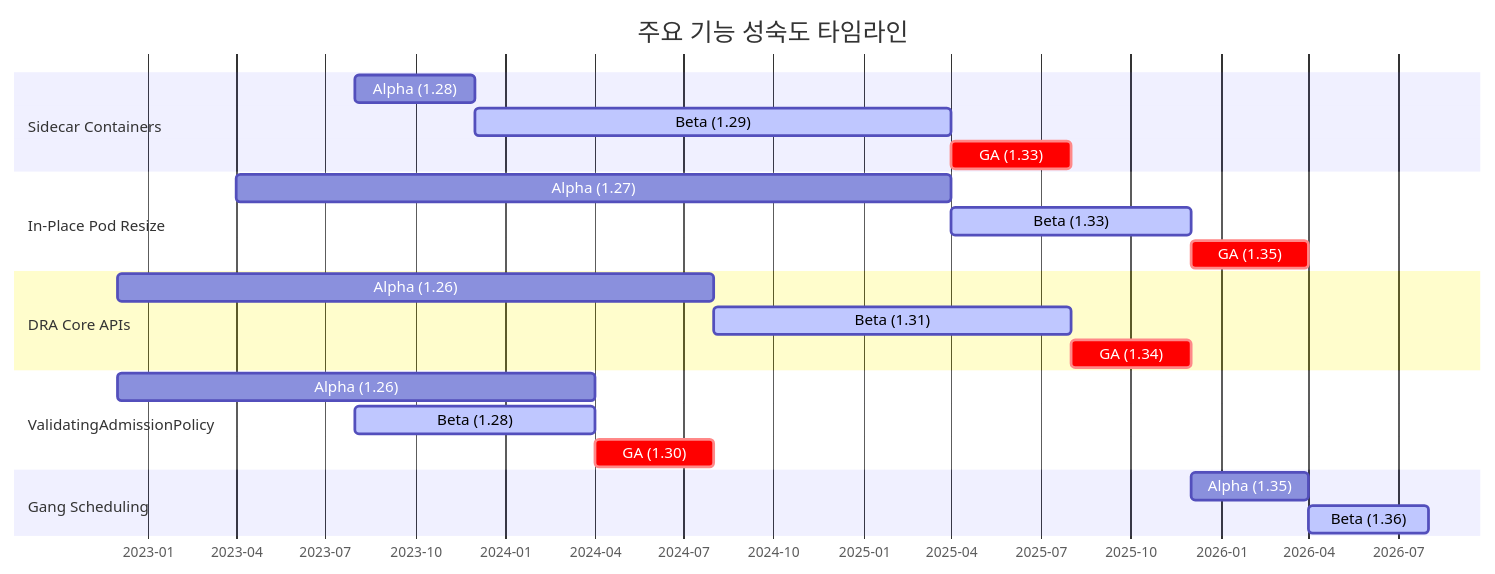
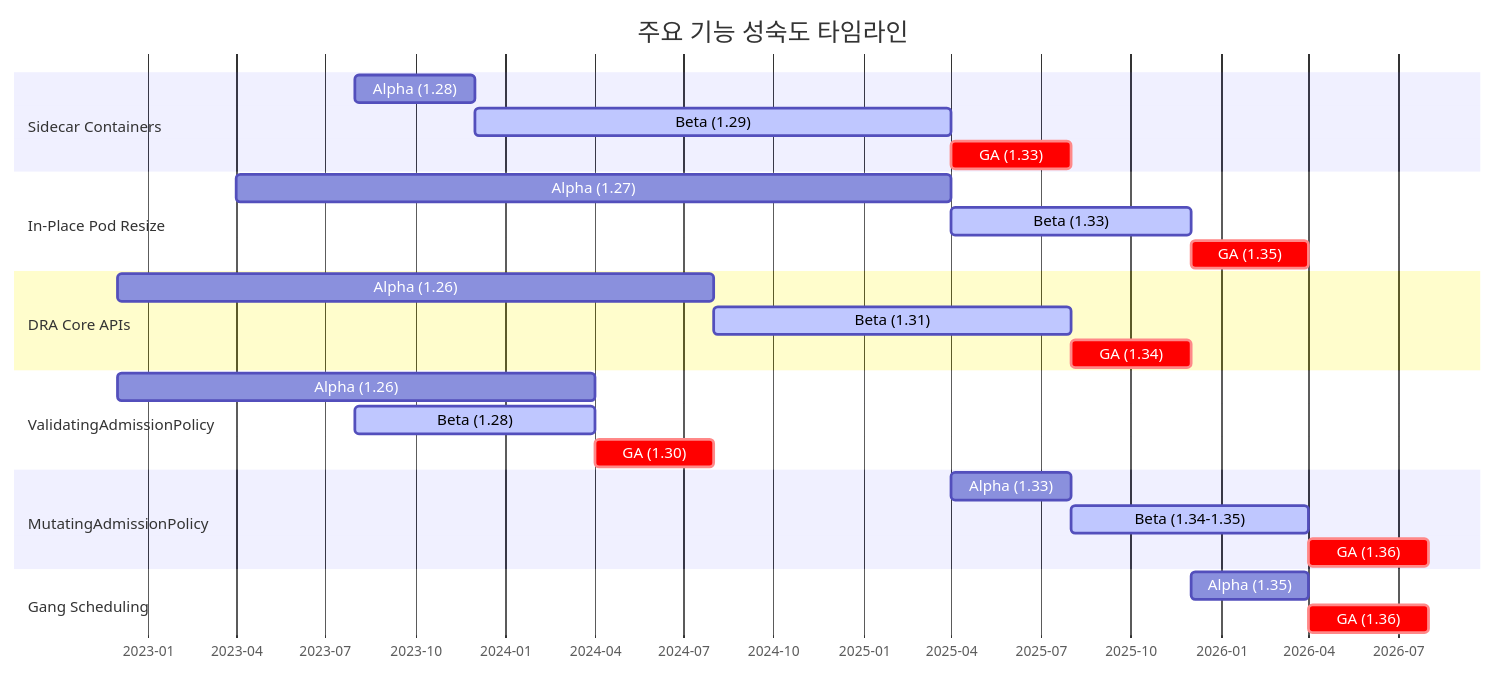
One commit to Atom-oh/kubernetes-docs changed diagram 15 of 19 in ko/eks/12-kubernetes-version-roadmap.md. Above: the diagram before and after it, drawn with Mermaid. The commit also changed other lines of this file and 5 other files, not shown here.

````diff
--- a/ko/eks/12-kubernetes-version-roadmap.md
+++ b/ko/eks/12-kubernetes-version-roadmap.md
@@ -1874,30 +2281,35 @@
 ```mermaid
 gantt
     title 주요 기능 성숙도 타임라인
     dateFormat  YYYY-MM
     axisFormat  %Y-%m
 
     section Sidecar Containers
     Alpha (1.28)     :a_sc, 2023-08, 2023-12
     Beta (1.29)      :active, b_sc, 2023-12, 2025-04
     GA (1.33)        :crit, g_sc, 2025-04, 2025-08
 
     section In-Place Pod Resize
     Alpha (1.27)     :a_ip, 2023-04, 2025-04
     Beta (1.33)      :active, b_ip, 2025-04, 2025-12
     GA (1.35)        :crit, g_ip, 2025-12, 2026-04
 
     section DRA Core APIs
     Alpha (1.26)     :a_dra, 2022-12, 2024-08
     Beta (1.31)      :active, b_dra, 2024-08, 2025-08
     GA (1.34)        :crit, g_dra, 2025-08, 2025-12
 
     section ValidatingAdmissionPolicy
     Alpha (1.26)     :a_vap, 2022-12, 2024-04
     Beta (1.28)      :active, b_vap, 2023-08, 2024-04
     GA (1.30)        :crit, g_vap, 2024-04, 2024-08
 
+    section MutatingAdmissionPolicy
+    Alpha (1.33)     :a_map, 2025-04, 2025-08
+    Beta (1.34-1.35) :active, b_map, 2025-08, 2026-04
+    GA (1.36)        :crit, g_map, 2026-04, 2026-08
+
     section Gang Scheduling
     Alpha (1.35)     :a_gs, 2025-12, 2026-04
-    Beta (1.36)      :active, b_gs, 2026-04, 2026-08
+    GA (1.36)         :crit, g_gs, 2026-04, 2026-08
 ```
````
